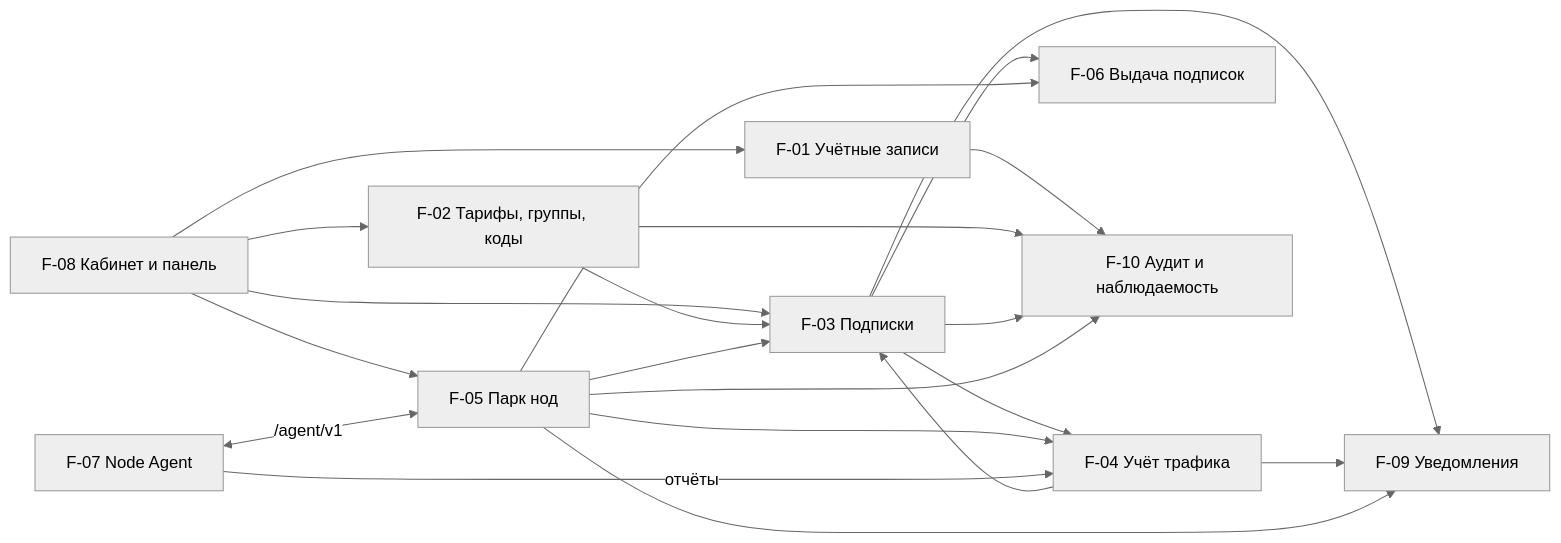
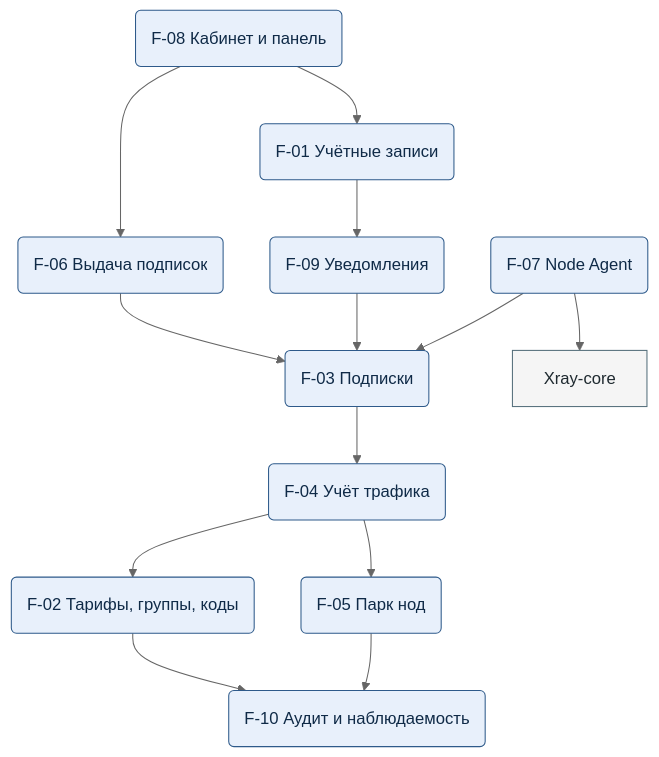
The diagram in docs/architectures/functional-architecture.md (MatrixFounder/vpn-distribution-system), drawn with Mermaid (neutral theme) before and after one commit. The commit also changed other lines of this file and 2 other files, not shown here.

Commit message:
fix(docs): architecture schemas

````diff
--- a/docs/architectures/functional-architecture.md
+++ b/docs/architectures/functional-architecture.md
@@ -165,23 +167,33 @@
 ```mermaid
-flowchart LR
-  F08[F-08 Кабинет и панель] --> F01[F-01 Учётные записи]
-  F08 --> F02[F-02 Тарифы, группы, коды]
-  F08 --> F03[F-03 Подписки]
-  F08 --> F05[F-05 Парк нод]
-  F02 --> F03
-  F03 --> F04[F-04 Учёт трафика]
-  F04 --> F03
-  F05 --> F03
-  F05 --> F04
-  F03 --> F06[F-06 Выдача подписок]
-  F05 --> F06
-  F07[F-07 Node Agent] <-->|/agent/v1| F05
-  F07 -->|отчёты| F04
-  F03 --> F09[F-09 Уведомления]
-  F04 --> F09
-  F05 --> F09
-  F01 --> F10[F-10 Аудит и наблюдаемость]
+%%{init: {"layout": "dagre", "look": "classic", "flowchart": {"nodeSpacing": 45, "rankSpacing": 55, "wrappingWidth": 400}}}%%
+flowchart TB
+  accTitle: Функциональные компоненты
+  accDescr: Кто от кого зависит по разделу 2.1; стрелка идёт от зависимого компонента.
+  F08("F-08 Кабинет и панель")
+  F07("F-07 Node Agent")
+  F01("F-01 Учётные записи")
+  F06("F-06 Выдача подписок")
+  F09("F-09 Уведомления")
+  F03("F-03 Подписки")
+  XRC["Xray-core"]
+  F04("F-04 Учёт трафика")
+  F02("F-02 Тарифы, группы, коды")
+  F05("F-05 Парк нод")
+  F10("F-10 Аудит и наблюдаемость")
+  F08 --> F01
+  F08 --> F06
+  F01 --> F09
+  F06 --> F03
+  F09 --> F03
+  F07 --> F03
+  F07 --> XRC
+  F03 --> F04
+  F04 --> F02
+  F04 --> F05
   F02 --> F10
-  F03 --> F10
   F05 --> F10
+  class F01,F02,F03,F04,F05,F06,F07,F08,F09,F10 wf
+  class XRC svc
+  classDef wf fill:#E8F0FB,stroke:#2E5A8A,color:#0F2A47
+  classDef svc fill:#F5F5F5,stroke:#546E7A,color:#1F2A30
 ```
````
